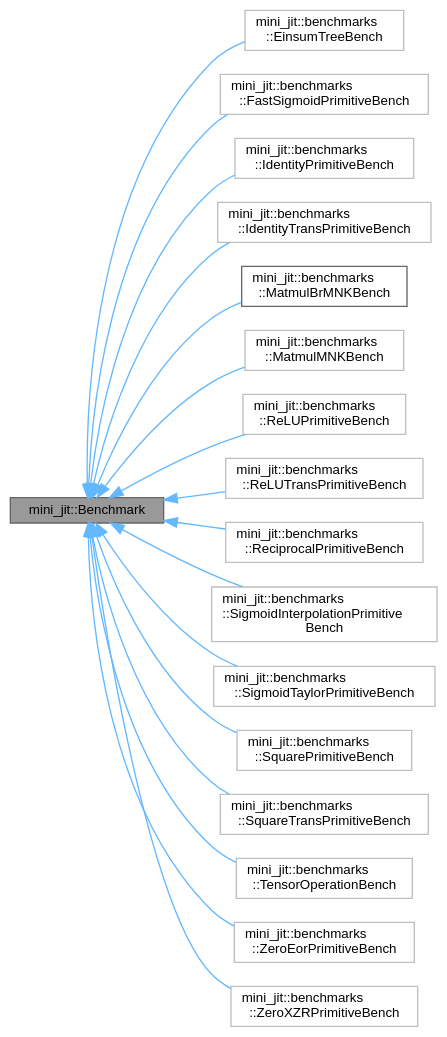
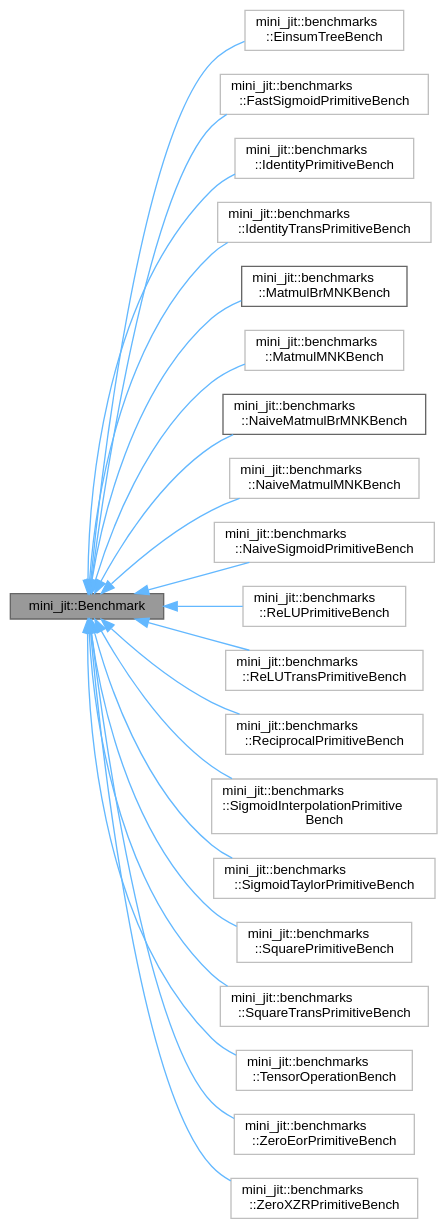
The diagram in classmini__jit_1_1Benchmark__inherit__graph.dot (xLPMG/machine-learning-compilers), drawn with Graphviz before and after one commit. The commit also changed 59 other files, not shown here.

```diff
--- a/classmini__jit_1_1Benchmark__inherit__graph.dot
+++ b/classmini__jit_1_1Benchmark__inherit__graph.dot
@@ -1,41 +1,47 @@
 digraph "mini_jit::Benchmark"
 {
  // LATEX_PDF_SIZE
   bgcolor="transparent";
   edge [fontname=Helvetica,fontsize=10,labelfontname=Helvetica,labelfontsize=10];
   node [fontname=Helvetica,fontsize=10,shape=box,height=0.2,width=0.4];
   rankdir="LR";
   Node1 [id="Node000001",label="mini_jit::Benchmark",height=0.2,width=0.4,color="gray40", fillcolor="grey60", style="filled", fontcolor="black",tooltip=" "];
   Node1 -> Node2 [id="edge1_Node000001_Node000002",dir="back",color="steelblue1",style="solid",tooltip=" "];
   Node2 [id="Node000002",label="mini_jit::benchmarks\l::EinsumTreeBench",height=0.2,width=0.4,color="grey75", fillcolor="white", style="filled",URL="$classmini__jit_1_1benchmarks_1_1EinsumTreeBench.html",tooltip=" "];
   Node1 -> Node3 [id="edge2_Node000001_Node000003",dir="back",color="steelblue1",style="solid",tooltip=" "];
   Node3 [id="Node000003",label="mini_jit::benchmarks\l::FastSigmoidPrimitiveBench",height=0.2,width=0.4,color="grey75", fillcolor="white", style="filled",URL="$classmini__jit_1_1benchmarks_1_1FastSigmoidPrimitiveBench.html",tooltip=" "];
   Node1 -> Node4 [id="edge3_Node000001_Node000004",dir="back",color="steelblue1",style="solid",tooltip=" "];
   Node4 [id="Node000004",label="mini_jit::benchmarks\l::IdentityPrimitiveBench",height=0.2,width=0.4,color="grey75", fillcolor="white", style="filled",URL="$classmini__jit_1_1benchmarks_1_1IdentityPrimitiveBench.html",tooltip=" "];
   Node1 -> Node5 [id="edge4_Node000001_Node000005",dir="back",color="steelblue1",style="solid",tooltip=" "];
   Node5 [id="Node000005",label="mini_jit::benchmarks\l::IdentityTransPrimitiveBench",height=0.2,width=0.4,color="grey75", fillcolor="white", style="filled",URL="$classmini__jit_1_1benchmarks_1_1IdentityTransPrimitiveBench.html",tooltip=" "];
   Node1 -> Node6 [id="edge5_Node000001_Node000006",dir="back",color="steelblue1",style="solid",tooltip=" "];
   Node6 [id="Node000006",label="mini_jit::benchmarks\l::MatmulBrMNKBench",height=0.2,width=0.4,color="gray40", fillcolor="white", style="filled",URL="$classmini__jit_1_1benchmarks_1_1MatmulBrMNKBench.html",tooltip="Benchmark for matrix multiplication using BRGEMM."];
   Node1 -> Node7 [id="edge6_Node000001_Node000007",dir="back",color="steelblue1",style="solid",tooltip=" "];
   Node7 [id="Node000007",label="mini_jit::benchmarks\l::MatmulMNKBench",height=0.2,width=0.4,color="grey75", fillcolor="white", style="filled",URL="$classmini__jit_1_1benchmarks_1_1MatmulMNKBench.html",tooltip=" "];
   Node1 -> Node8 [id="edge7_Node000001_Node000008",dir="back",color="steelblue1",style="solid",tooltip=" "];
-  Node8 [id="Node000008",label="mini_jit::benchmarks\l::ReLUPrimitiveBench",height=0.2,width=0.4,color="grey75", fillcolor="white", style="filled",URL="$classmini__jit_1_1benchmarks_1_1ReLUPrimitiveBench.html",tooltip=" "];
+  Node8 [id="Node000008",label="mini_jit::benchmarks\l::NaiveMatmulBrMNKBench",height=0.2,width=0.4,color="gray40", fillcolor="white", style="filled",URL="$classmini__jit_1_1benchmarks_1_1NaiveMatmulBrMNKBench.html",tooltip="Benchmark for naive matrix multiplication using BRGEMM."];
   Node1 -> Node9 [id="edge8_Node000001_Node000009",dir="back",color="steelblue1",style="solid",tooltip=" "];
-  Node9 [id="Node000009",label="mini_jit::benchmarks\l::ReLUTransPrimitiveBench",height=0.2,width=0.4,color="grey75", fillcolor="white", style="filled",URL="$classmini__jit_1_1benchmarks_1_1ReLUTransPrimitiveBench.html",tooltip=" "];
+  Node9 [id="Node000009",label="mini_jit::benchmarks\l::NaiveMatmulMNKBench",height=0.2,width=0.4,color="grey75", fillcolor="white", style="filled",URL="$classmini__jit_1_1benchmarks_1_1NaiveMatmulMNKBench.html",tooltip=" "];
   Node1 -> Node10 [id="edge9_Node000001_Node000010",dir="back",color="steelblue1",style="solid",tooltip=" "];
-  Node10 [id="Node000010",label="mini_jit::benchmarks\l::ReciprocalPrimitiveBench",height=0.2,width=0.4,color="grey75", fillcolor="white", style="filled",URL="$classmini__jit_1_1benchmarks_1_1ReciprocalPrimitiveBench.html",tooltip=" "];
+  Node10 [id="Node000010",label="mini_jit::benchmarks\l::NaiveSigmoidPrimitiveBench",height=0.2,width=0.4,color="grey75", fillcolor="white", style="filled",URL="$classmini__jit_1_1benchmarks_1_1NaiveSigmoidPrimitiveBench.html",tooltip=" "];
   Node1 -> Node11 [id="edge10_Node000001_Node000011",dir="back",color="steelblue1",style="solid",tooltip=" "];
-  Node11 [id="Node000011",label="mini_jit::benchmarks\l::SigmoidInterpolationPrimitive\lBench",height=0.2,width=0.4,color="grey75", fillcolor="white", style="filled",URL="$classmini__jit_1_1benchmarks_1_1SigmoidInterpolationPrimitiveBench.html",tooltip=" "];
+  Node11 [id="Node000011",label="mini_jit::benchmarks\l::ReLUPrimitiveBench",height=0.2,width=0.4,color="grey75", fillcolor="white", style="filled",URL="$classmini__jit_1_1benchmarks_1_1ReLUPrimitiveBench.html",tooltip=" "];
   Node1 -> Node12 [id="edge11_Node000001_Node000012",dir="back",color="steelblue1",style="solid",tooltip=" "];
-  Node12 [id="Node000012",label="mini_jit::benchmarks\l::SigmoidTaylorPrimitiveBench",height=0.2,width=0.4,color="grey75", fillcolor="white", style="filled",URL="$classmini__jit_1_1benchmarks_1_1SigmoidTaylorPrimitiveBench.html",tooltip=" "];
+  Node12 [id="Node000012",label="mini_jit::benchmarks\l::ReLUTransPrimitiveBench",height=0.2,width=0.4,color="grey75", fillcolor="white", style="filled",URL="$classmini__jit_1_1benchmarks_1_1ReLUTransPrimitiveBench.html",tooltip=" "];
   Node1 -> Node13 [id="edge12_Node000001_Node000013",dir="back",color="steelblue1",style="solid",tooltip=" "];
-  Node13 [id="Node000013",label="mini_jit::benchmarks\l::SquarePrimitiveBench",height=0.2,width=0.4,color="grey75", fillcolor="white", style="filled",URL="$classmini__jit_1_1benchmarks_1_1SquarePrimitiveBench.html",tooltip=" "];
+  Node13 [id="Node000013",label="mini_jit::benchmarks\l::ReciprocalPrimitiveBench",height=0.2,width=0.4,color="grey75", fillcolor="white", style="filled",URL="$classmini__jit_1_1benchmarks_1_1ReciprocalPrimitiveBench.html",tooltip=" "];
   Node1 -> Node14 [id="edge13_Node000001_Node000014",dir="back",color="steelblue1",style="solid",tooltip=" "];
-  Node14 [id="Node000014",label="mini_jit::benchmarks\l::SquareTransPrimitiveBench",height=0.2,width=0.4,color="grey75", fillcolor="white", style="filled",URL="$classmini__jit_1_1benchmarks_1_1SquareTransPrimitiveBench.html",tooltip=" "];
+  Node14 [id="Node000014",label="mini_jit::benchmarks\l::SigmoidInterpolationPrimitive\lBench",height=0.2,width=0.4,color="grey75", fillcolor="white", style="filled",URL="$classmini__jit_1_1benchmarks_1_1SigmoidInterpolationPrimitiveBench.html",tooltip=" "];
   Node1 -> Node15 [id="edge14_Node000001_Node000015",dir="back",color="steelblue1",style="solid",tooltip=" "];
-  Node15 [id="Node000015",label="mini_jit::benchmarks\l::TensorOperationBench",height=0.2,width=0.4,color="grey75", fillcolor="white", style="filled",URL="$classmini__jit_1_1benchmarks_1_1TensorOperationBench.html",tooltip=" "];
+  Node15 [id="Node000015",label="mini_jit::benchmarks\l::SigmoidTaylorPrimitiveBench",height=0.2,width=0.4,color="grey75", fillcolor="white", style="filled",URL="$classmini__jit_1_1benchmarks_1_1SigmoidTaylorPrimitiveBench.html",tooltip=" "];
   Node1 -> Node16 [id="edge15_Node000001_Node000016",dir="back",color="steelblue1",style="solid",tooltip=" "];
-  Node16 [id="Node000016",label="mini_jit::benchmarks\l::ZeroEorPrimitiveBench",height=0.2,width=0.4,color="grey75", fillcolor="white", style="filled",URL="$classmini__jit_1_1benchmarks_1_1ZeroEorPrimitiveBench.html",tooltip=" "];
+  Node16 [id="Node000016",label="mini_jit::benchmarks\l::SquarePrimitiveBench",height=0.2,width=0.4,color="grey75", fillcolor="white", style="filled",URL="$classmini__jit_1_1benchmarks_1_1SquarePrimitiveBench.html",tooltip=" "];
   Node1 -> Node17 [id="edge16_Node000001_Node000017",dir="back",color="steelblue1",style="solid",tooltip=" "];
-  Node17 [id="Node000017",label="mini_jit::benchmarks\l::ZeroXZRPrimitiveBench",height=0.2,width=0.4,color="grey75", fillcolor="white", style="filled",URL="$classmini__jit_1_1benchmarks_1_1ZeroXZRPrimitiveBench.html",tooltip=" "];
+  Node17 [id="Node000017",label="mini_jit::benchmarks\l::SquareTransPrimitiveBench",height=0.2,width=0.4,color="grey75", fillcolor="white", style="filled",URL="$classmini__jit_1_1benchmarks_1_1SquareTransPrimitiveBench.html",tooltip=" "];
+  Node1 -> Node18 [id="edge17_Node000001_Node000018",dir="back",color="steelblue1",style="solid",tooltip=" "];
+  Node18 [id="Node000018",label="mini_jit::benchmarks\l::TensorOperationBench",height=0.2,width=0.4,color="grey75", fillcolor="white", style="filled",URL="$classmini__jit_1_1benchmarks_1_1TensorOperationBench.html",tooltip=" "];
+  Node1 -> Node19 [id="edge18_Node000001_Node000019",dir="back",color="steelblue1",style="solid",tooltip=" "];
+  Node19 [id="Node000019",label="mini_jit::benchmarks\l::ZeroEorPrimitiveBench",height=0.2,width=0.4,color="grey75", fillcolor="white", style="filled",URL="$classmini__jit_1_1benchmarks_1_1ZeroEorPrimitiveBench.html",tooltip=" "];
+  Node1 -> Node20 [id="edge19_Node000001_Node000020",dir="back",color="steelblue1",style="solid",tooltip=" "];
+  Node20 [id="Node000020",label="mini_jit::benchmarks\l::ZeroXZRPrimitiveBench",height=0.2,width=0.4,color="grey75", fillcolor="white", style="filled",URL="$classmini__jit_1_1benchmarks_1_1ZeroXZRPrimitiveBench.html",tooltip=" "];
 }
```
